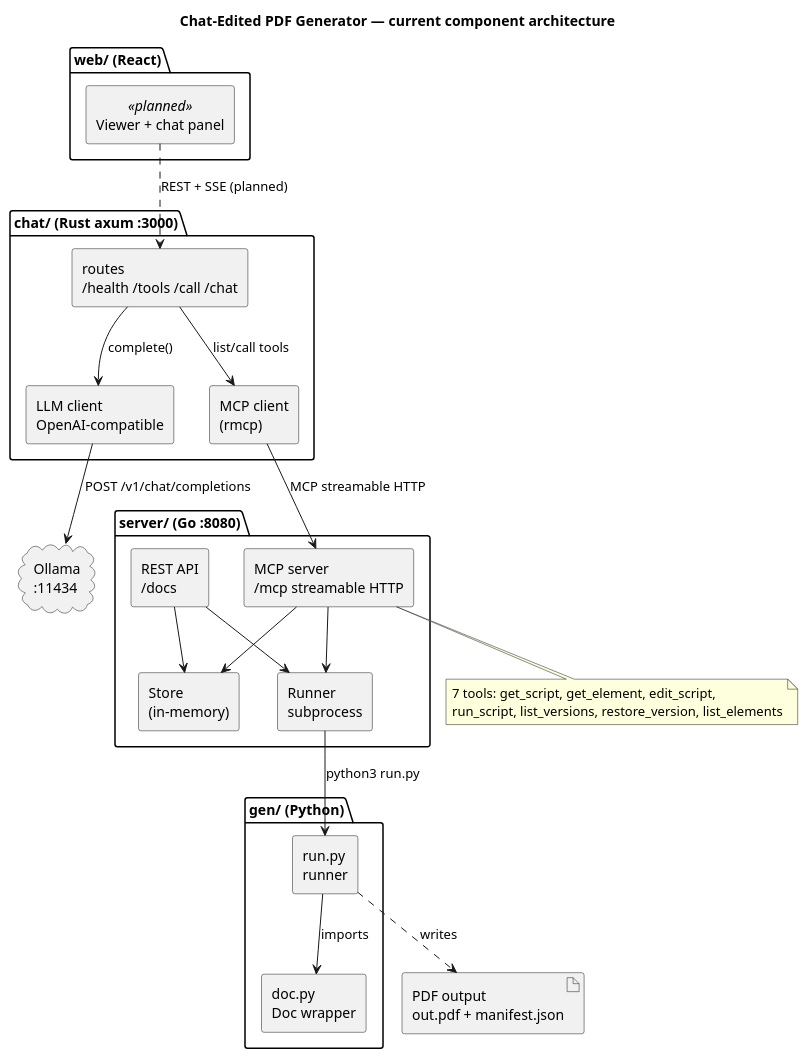
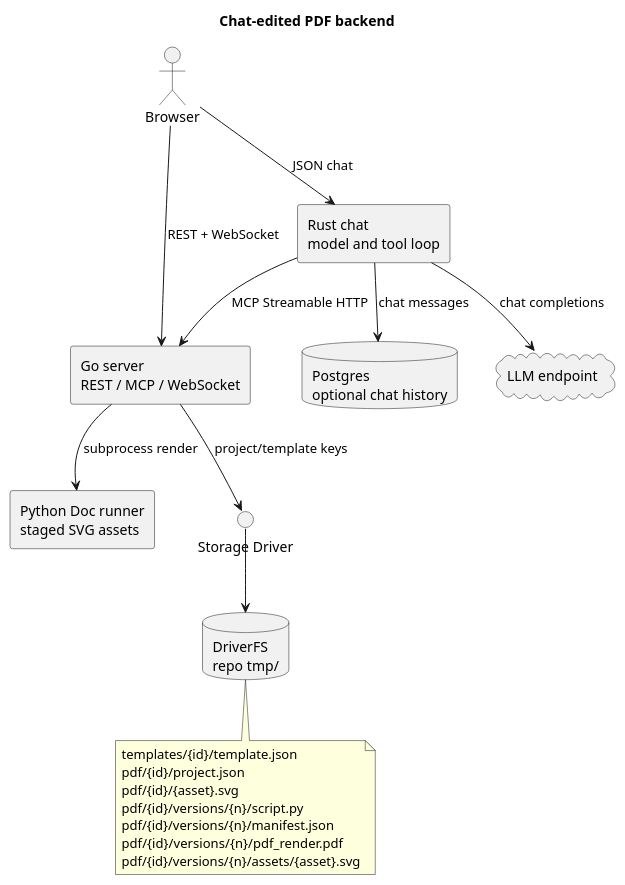
The diagram in docs/architecture.puml (Beloin/PDFGeneratorBack), drawn with PlantUML before and after one commit. The commit also changed 46 other files, not shown here.

Commit message:
Templates, multi selection, SSE and streaming, sources and images

```diff
--- a/docs/architecture.puml
+++ b/docs/architecture.puml
@@ -1,48 +1,32 @@
 @startuml
-title Chat-Edited PDF Generator — current component architecture
+title Chat-edited PDF backend
 skinparam componentStyle rectangle
-skinparam defaultFontName Helvetica
 
-cloud "Ollama\n:11434" as ollama
-artifact "PDF output\nout.pdf + manifest.json" as pdf
+actor Browser
+component "Go server\nREST / MCP / WebSocket" as Go
+component "Rust chat\nmodel and tool loop" as Rust
+component "Python Doc runner\nstaged SVG assets" as Python
+interface "Storage Driver" as Driver
+database "DriverFS\nrepo tmp/" as FS
+database "Postgres\noptional chat history" as DB
+cloud "LLM endpoint" as LLM
 
-package "web/ (React)" {
-    component "Viewer + chat panel" as web <<planned>>
-}
+Browser --> Go : REST + WebSocket
+Browser --> Rust : JSON chat
+Rust --> Go : MCP Streamable HTTP
+Rust --> LLM : chat completions
+Rust --> DB : chat messages
+Go --> Driver : project/template keys
+Driver --> FS
+Go --> Python : subprocess render
 
-package "chat/ (Rust axum :3000)" {
-    component "routes\n/health /tools /call /chat" as routes
-    component "LLM client\nOpenAI-compatible" as llm
-    component "MCP client\n(rmcp)" as mcpclient
-}
-
-package "server/ (Go :8080)" {
-    component "MCP server\n/mcp streamable HTTP" as mcpsrv
-    component "REST API\n/docs" as rest
-    component "Store\n(in-memory)" as store
-    component "Runner\nsubprocess" as runner
-}
-
-package "gen/ (Python)" {
-    component "run.py\nrunner" as runpy
-    component "doc.py\nDoc wrapper" as docpy
-}
-
-web ..> routes : "REST + SSE (planned)"
-routes --> llm : "complete()"
-routes --> mcpclient : "list/call tools"
-llm --> ollama : "POST /v1/chat/completions"
-mcpclient --> mcpsrv : "MCP streamable HTTP"
-rest --> store
-mcpsrv --> store
-mcpsrv --> runner
-rest --> runner
-runner --> runpy : "python3 run.py"
-runpy --> docpy : "imports"
-runpy ..> pdf : "writes"
-
-note bottom of mcpsrv
-  7 tools: get_script, get_element, edit_script,
-  run_script, list_versions, restore_version, list_elements
+note bottom of FS
+  templates/{id}/template.json
+  pdf/{id}/project.json
+  pdf/{id}/{asset}.svg
+  pdf/{id}/versions/{n}/script.py
+  pdf/{id}/versions/{n}/manifest.json
+  pdf/{id}/versions/{n}/pdf_render.pdf
+  pdf/{id}/versions/{n}/assets/{asset}.svg
 end note
 @enduml
```
